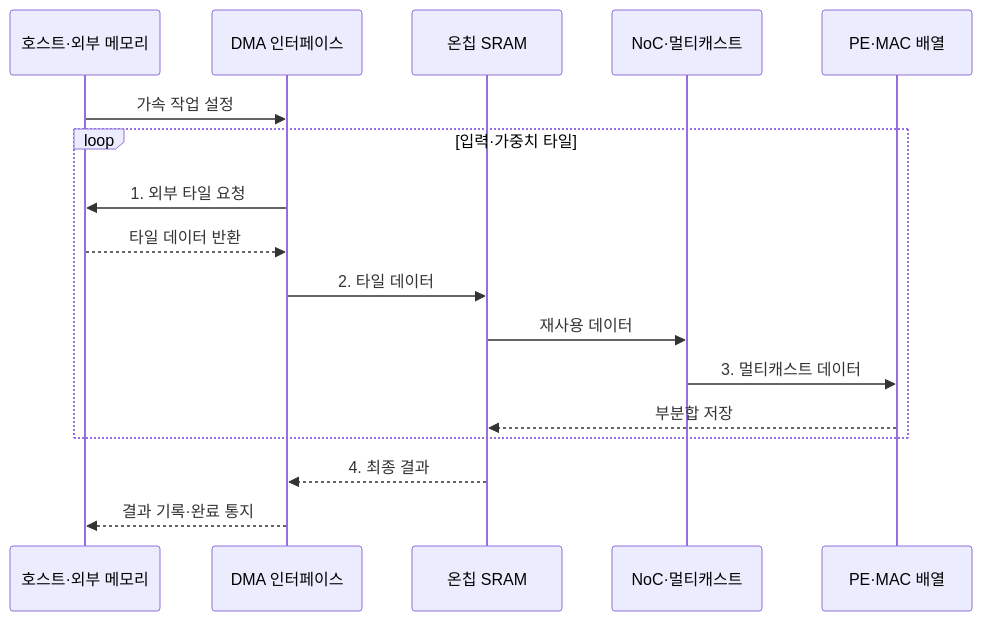
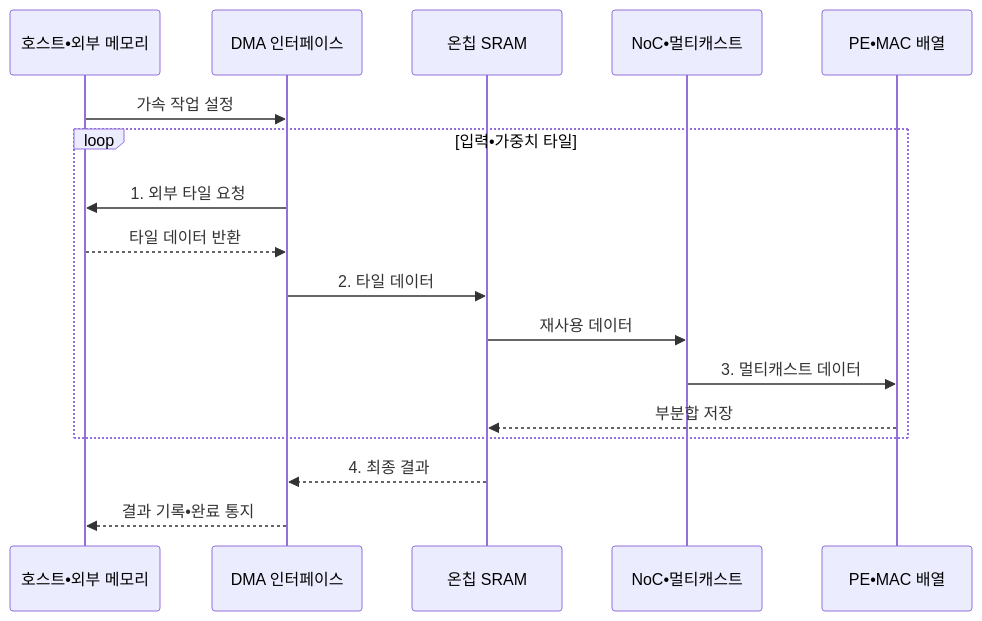
One commit to agnusdei1207/knowledge-base changed the second of 2 diagrams in src/content/docs/notes/02-hardware/040_asic_ai_acceleration.md. Above: the diagram before and after it, drawn with Mermaid. The commit also changed other lines of this file and 953 other files, not shown here.

````diff
--- a/src/content/docs/notes/02-hardware/040_asic_ai_acceleration.md
+++ b/src/content/docs/notes/02-hardware/040_asic_ai_acceleration.md
@@ -111,20 +111,20 @@
 ```mermaid
 sequenceDiagram
-    participant H as 호스트·외부 메모리
+    participant H as 호스트•외부 메모리
     participant D as DMA 인터페이스
     participant S as 온칩 SRAM
-    participant N as NoC·멀티캐스트
-    participant P as PE·MAC 배열
+    participant N as NoC•멀티캐스트
+    participant P as PE•MAC 배열
 
     H->>D: 가속 작업 설정
-    loop 입력·가중치 타일
+    loop 입력•가중치 타일
         D->>H: 1. 외부 타일 요청
         H-->>D: 타일 데이터 반환
         D->>S: 2. 타일 데이터
         S->>N: 재사용 데이터
         N->>P: 3. 멀티캐스트 데이터
         P-->>S: 부분합 저장
     end
     S-->>D: 4. 최종 결과
-    D-->>H: 결과 기록·완료 통지
+    D-->>H: 결과 기록•완료 통지
 ```
````
